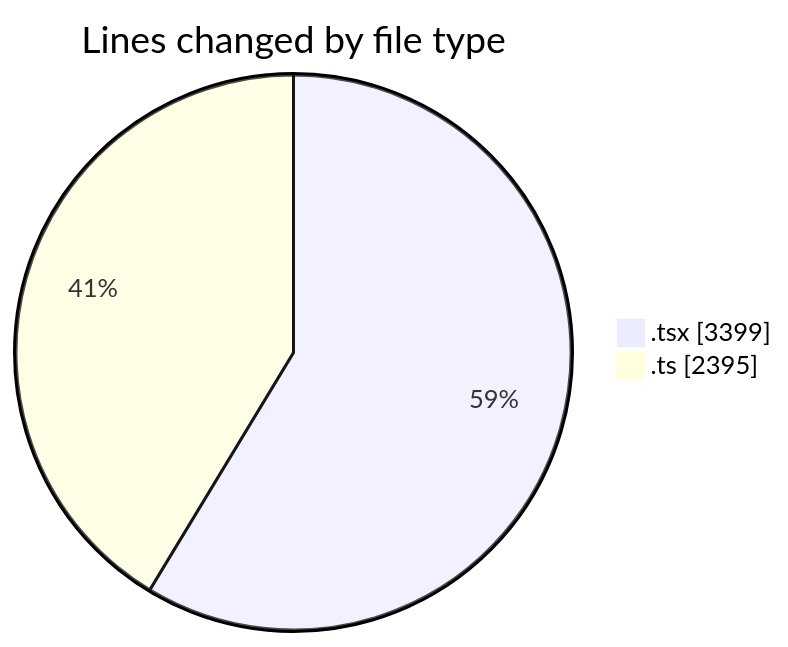
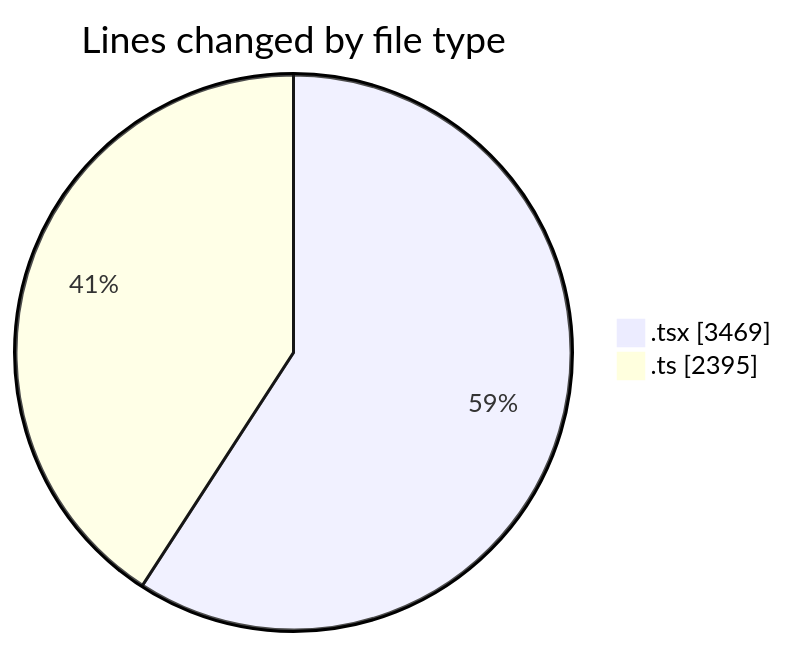
Before and after one commit to nxtqubesakshisongat/code-tracking: the first of 2 diagrams in 2026-02-20/nxtqube_webapp/README.md, drawn with Mermaid. The commit also changed other lines of this file and 1 other file, not shown here.

````diff
--- a/2026-02-20/nxtqube_webapp/README.md
+++ b/2026-02-20/nxtqube_webapp/README.md
@@ -32,6 +32,6 @@
 ```mermaid
 pie showData
 title Lines changed by file type
-".tsx" : 3399
+".tsx" : 3469
 ".ts" : 2395
 ```
````
